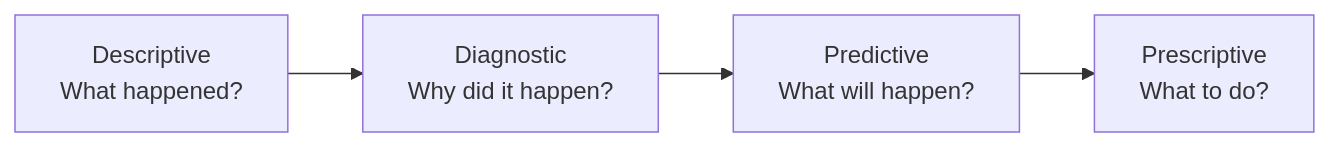
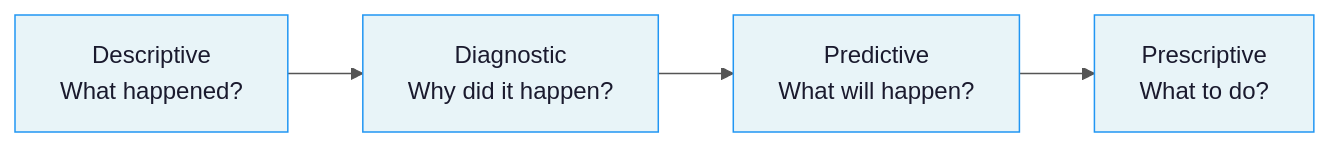
One commit to DeepLumiere/DeepSkills changed the fifth of 5 diagrams in notes/data_analysis/Chapter1_Introduction_to_DAV.md. Above: the diagram before and after it, drawn with Mermaid. The commit also changed other lines of this file and 40 other files, not shown here.

````diff
--- a/notes/data_analysis/Chapter1_Introduction_to_DAV.md
+++ b/notes/data_analysis/Chapter1_Introduction_to_DAV.md
@@ -261,6 +532,13 @@
 ```mermaid
+
+%%{init: {'theme': 'base', 'themeVariables': {'primaryColor': '#e8f4f8', 'primaryBorderColor': '#2196F3', 'primaryTextColor': '#1a1a2e', 'lineColor': '#555', 'edgeLabelBackground': '#ffffff', 'clusterBkg': '#f0f7ff', 'clusterBorder': '#90caf9'}} }%%
+
 flowchart LR
-    A[Descriptive<br>What happened?] --> B[Diagnostic<br>Why did it happen?]
-    B --> C[Predictive<br>What will happen?]
-    C --> D[Prescriptive<br>What to do?]
+
+    A["Descriptive<br/>What happened?"] --> B["Diagnostic<br/>Why did it happen?"]
+
+    B --> C["Predictive<br/>What will happen?"]
+
+    C --> D["Prescriptive<br/>What to do?"]
+
 ```
````
